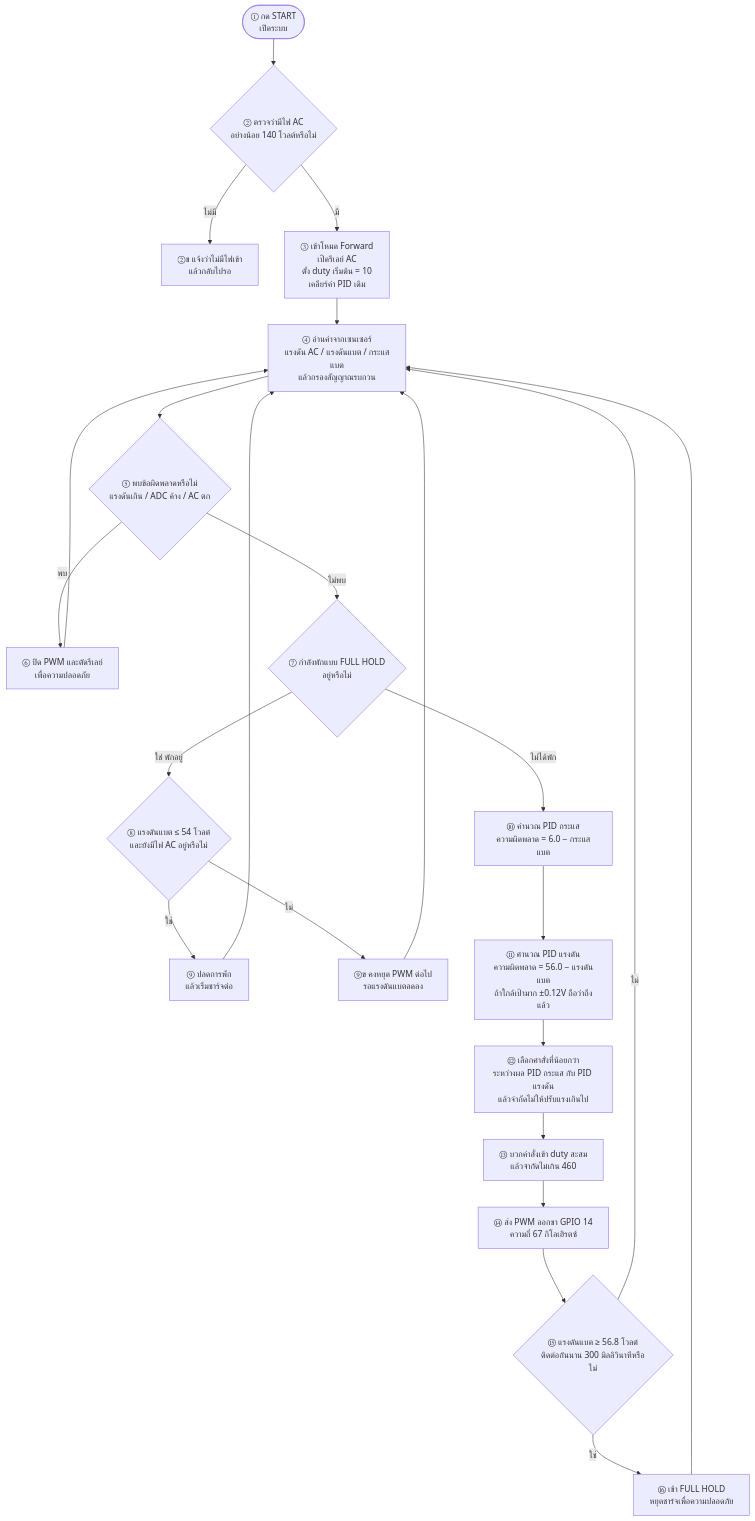
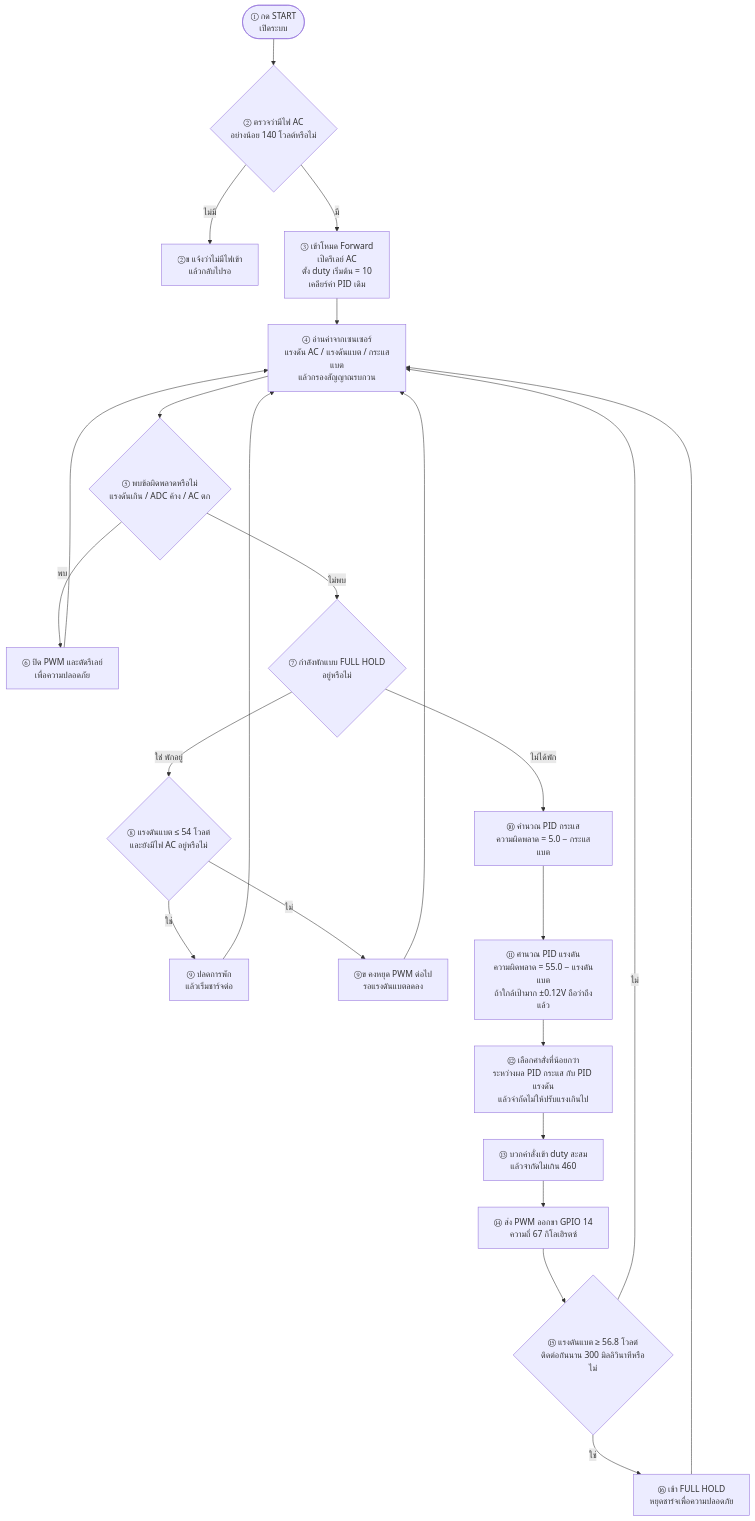
The diagram in docs/flowchart-forward-only.mmd (phoomipornker-code/code), drawn with Mermaid before and after one commit. The commit also changed 5 other files, not shown here.

```diff
--- a/docs/flowchart-forward-only.mmd
+++ b/docs/flowchart-forward-only.mmd
@@ -1,19 +1,19 @@
 flowchart TD
     A(["① กด START<br/>เปิดระบบ"]) --> B{"② ตรวจว่ามีไฟ AC<br/>อย่างน้อย 140 โวลต์หรือไม่"}
     B -- ไม่มี --> Z["②ข แจ้งว่าไม่มีไฟเข้า<br/>แล้วกลับไปรอ"]
     B -- มี --> C["③ เข้าโหมด Forward<br/>เปิดรีเลย์ AC<br/>ตั้ง duty เริ่มต้น = 10<br/>เคลียร์ค่า PID เดิม"]
     C --> D["④ อ่านค่าจากเซนเซอร์<br/>แรงดัน AC / แรงดันแบต / กระแสแบต<br/>แล้วกรองสัญญาณรบกวน"]
     D --> E{"⑤ พบข้อผิดพลาดหรือไม่<br/>แรงดันเกิน / ADC ค้าง / AC ตก"}
     E -- พบ --> F["⑥ ปิด PWM และตัดรีเลย์<br/>เพื่อความปลอดภัย"] --> D
     E -- ไม่พบ --> G{"⑦ กำลังพักแบบ FULL HOLD<br/>อยู่หรือไม่"}
     G -- ใช่ พักอยู่ --> H{"⑧ แรงดันแบต ≤ 54 โวลต์<br/>และยังมีไฟ AC อยู่หรือไม่"}
     H -- ใช่ --> I["⑨ ปลดการพัก<br/>แล้วเริ่มชาร์จต่อ"] --> D
     H -- ไม่ --> J["⑨ข คงหยุด PWM ต่อไป<br/>รอแรงดันแบตลดลง"] --> D
-    G -- ไม่ได้พัก --> K["⑩ คำนวณ PID กระแส<br/>ความผิดพลาด = 6.0 − กระแสแบต"]
-    K --> L["⑪ คำนวณ PID แรงดัน<br/>ความผิดพลาด = 56.0 − แรงดันแบต<br/>ถ้าใกล้เป้ามาก ±0.12V ถือว่าถึงแล้ว"]
+    G -- ไม่ได้พัก --> K["⑩ คำนวณ PID กระแส<br/>ความผิดพลาด = 5.0 − กระแสแบต"]
+    K --> L["⑪ คำนวณ PID แรงดัน<br/>ความผิดพลาด = 55.0 − แรงดันแบต<br/>ถ้าใกล้เป้ามาก ±0.12V ถือว่าถึงแล้ว"]
     L --> M["⑫ เลือกคำสั่งที่น้อยกว่า<br/>ระหว่างผล PID กระแส กับ PID แรงดัน<br/>แล้วจำกัดไม่ให้ปรับแรงเกินไป"]
     M --> N["⑬ บวกคำสั่งเข้า duty สะสม<br/>แล้วจำกัดไม่เกิน 460"]
     N --> O["⑭ ส่ง PWM ออกขา GPIO 14<br/>ความถี่ 67 กิโลเฮิรตซ์"]
     O --> P{"⑮ แรงดันแบต ≥ 56.8 โวลต์<br/>ติดต่อกันนาน 300 มิลลิวินาทีหรือไม่"}
     P -- ใช่ --> Q["⑯ เข้า FULL HOLD<br/>หยุดชาร์จเพื่อความปลอดภัย"] --> D
     P -- ไม่ --> D
```
